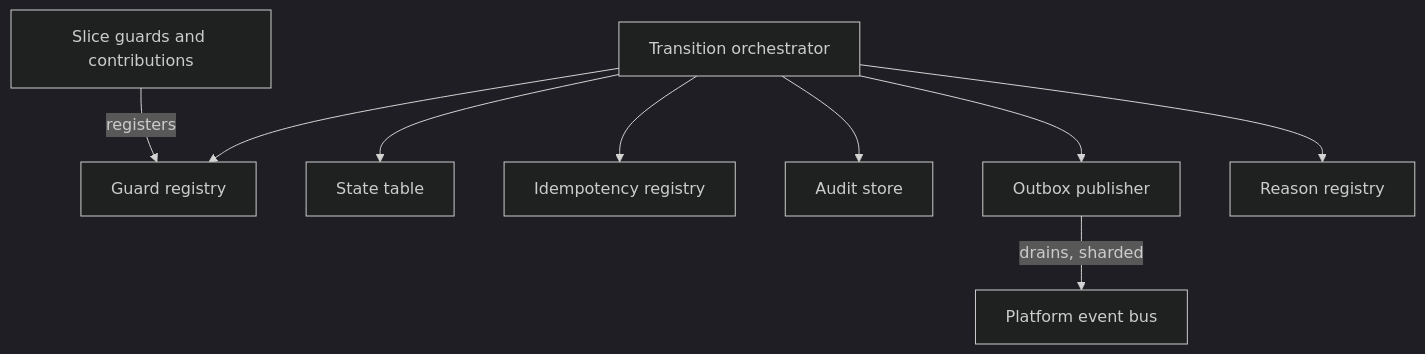
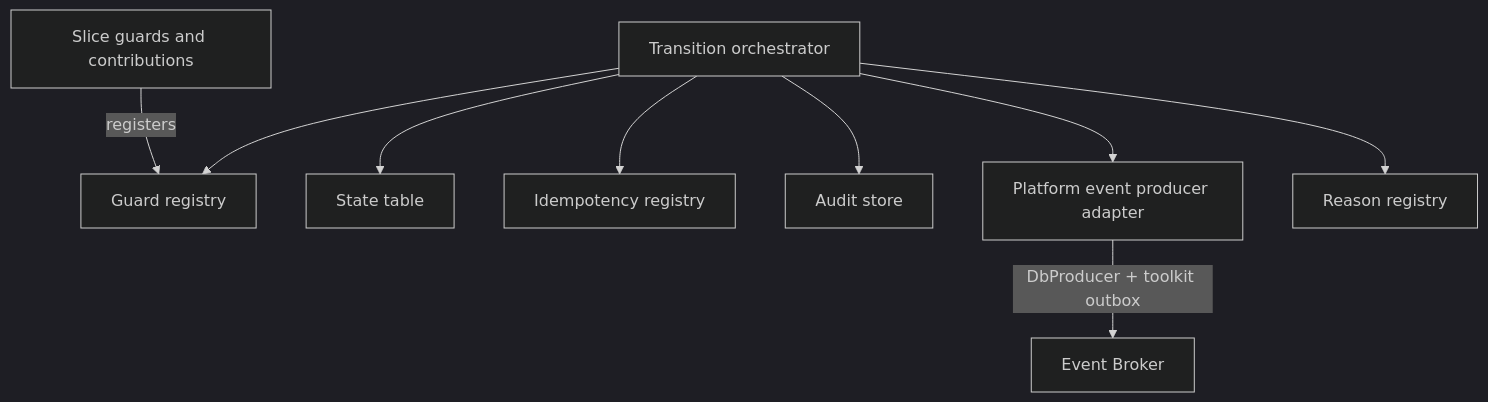
One commit to constructorfabric/gears-rust changed the first of 2 diagrams in gears/bss/orders-lifecycle/docs/design/01-foundation.md. Above: the diagram before and after it, drawn with Mermaid (dark theme). The commit also changed other lines of this file and 33 other files, not shown here.

````diff
--- a/gears/bss/orders-lifecycle/docs/design/01-foundation.md
+++ b/gears/bss/orders-lifecycle/docs/design/01-foundation.md
@@ -331,19 +346,19 @@
 ```mermaid
 graph TB
     S[Slice guards and contributions]
     O[Transition orchestrator]
     G[Guard registry]
     T[State table]
     I[Idempotency registry]
     A[Audit store]
-    X[Outbox publisher]
+    X[Platform event producer adapter]
     R[Reason registry]
     S -->|registers| G
     O --> G
     O --> T
     O --> I
     O --> A
     O --> X
     O --> R
-    X -->|drains, sharded| BUS[Platform event bus]
+    X -->|DbProducer + toolkit outbox| BUS[Event Broker]
 ```
````
